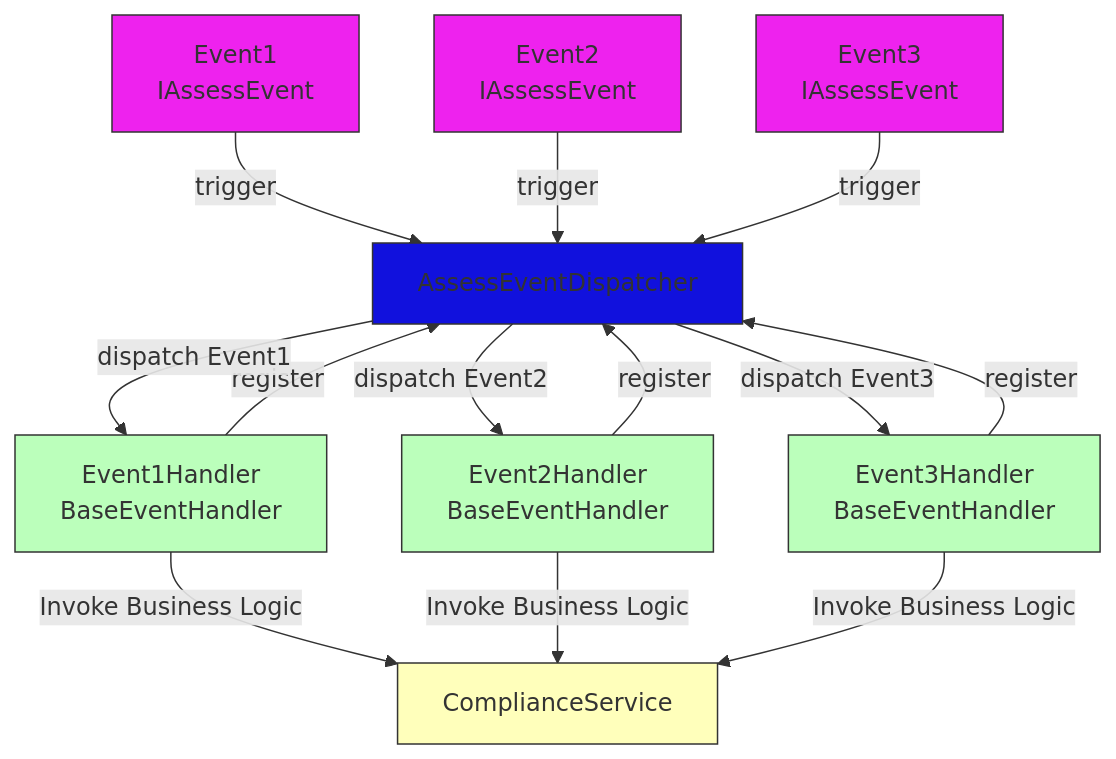
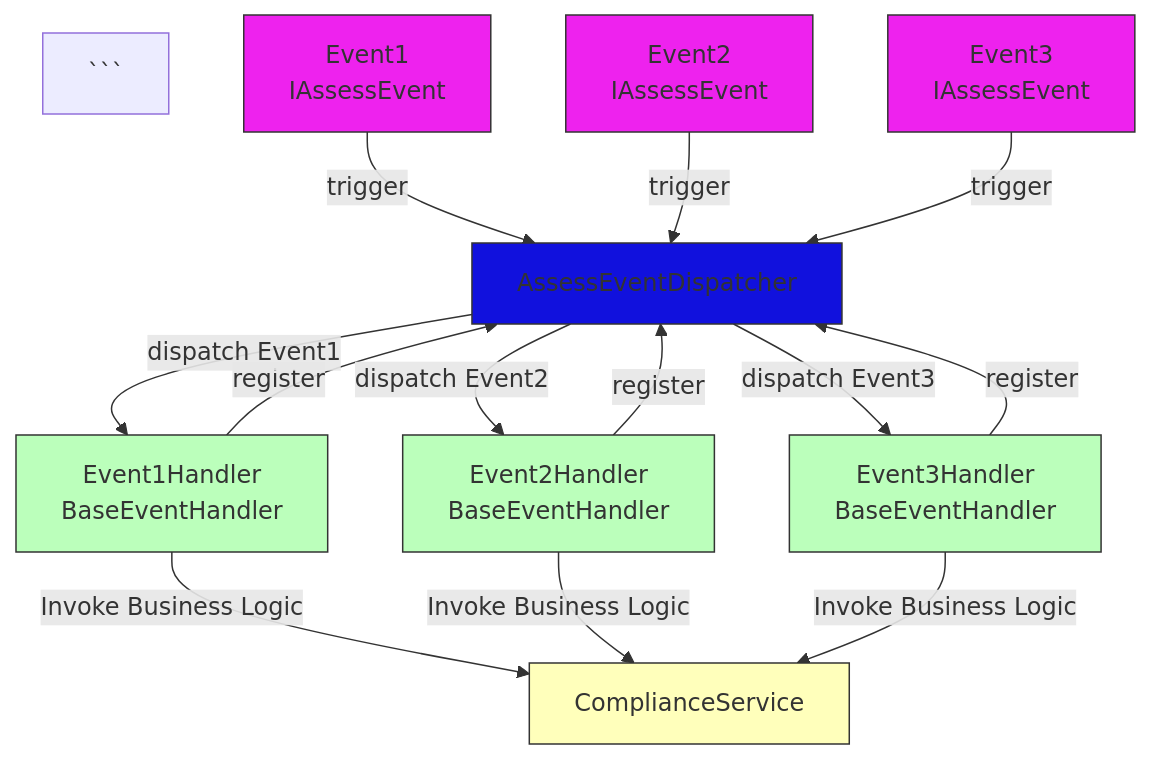
One commit to oninebx/blog changed the first of 2 diagrams in _posts/2025-10-15-decoupling-by-design-implementing-an-assessment-mechanism-with-events.md. Above: the diagram before and after it, drawn with Mermaid. The commit also changed other lines of this file, not shown here.

Commit message:
Update Blog “2025-10-15-decoupling-by-design-implementing-an-assessment-mechanism-with-events”

````diff
--- a/_posts/2025-10-15-decoupling-by-design-implementing-an-assessment-mechanism-with-events.md
+++ b/_posts/2025-10-15-decoupling-by-design-implementing-an-assessment-mechanism-with-events.md
@@ -36,35 +35,37 @@
 <div class="mermaid">
 graph TD
 
-    %% Events
-    Event1[Event1<br/>IAssessEvent] -->|trigger| Dispatcher[AssessEventDispatcher]
-    Event2[Event2<br/>IAssessEvent] -->|trigger| Dispatcher[AssessEventDispatcher]
-    Event3[Event3<br/>IAssessEvent] -->|trigger| Dispatcher[AssessEventDispatcher]
+```
+%% Events
+Event1[Event1<br/>IAssessEvent] -->|trigger| Dispatcher[AssessEventDispatcher]
+Event2[Event2<br/>IAssessEvent] -->|trigger| Dispatcher[AssessEventDispatcher]
+Event3[Event3<br/>IAssessEvent] -->|trigger| Dispatcher[AssessEventDispatcher]
 
-    %% Handlers
-    Handler1[Event1Handler<br/>BaseEventHandler&lt;Event1&gt;] -->|register| Dispatcher
-    Handler2[Event2Handler<br/>BaseEventHandler&lt;Event2&gt;] -->|register| Dispatcher
-    Handler3[Event3Handler<br/>BaseEventHandler&lt;Event3&gt;] -->|register| Dispatcher
+%% Handlers
+Handler1[Event1Handler<br/>BaseEventHandler&lt;Event1&gt;] -->|register| Dispatcher
+Handler2[Event2Handler<br/>BaseEventHandler&lt;Event2&gt;] -->|register| Dispatcher
+Handler3[Event3Handler<br/>BaseEventHandler&lt;Event3&gt;] -->|register| Dispatcher
 
-    %% Dispatcher dispatches to handlers
-    Dispatcher -->|dispatch Event1| Handler1
-    Dispatcher -->|dispatch Event2| Handler2
-    Dispatcher -->|dispatch Event3| Handler3
+%% Dispatcher dispatches to handlers
+Dispatcher -->|dispatch Event1| Handler1
+Dispatcher -->|dispatch Event2| Handler2
+Dispatcher -->|dispatch Event3| Handler3
 
 
-    %% Handlers call service
-    Handler1 -->|Invoke Business Logic| Service[ComplianceService]
-    Handler2 -->|Invoke Business Logic| Service
-    Handler3 -->|Invoke Business Logic| Service
+%% Handlers call service
+Handler1 -->|Invoke Business Logic| Service[ComplianceService]
+Handler2 -->|Invoke Business Logic| Service
+Handler3 -->|Invoke Business Logic| Service
 
-    classDef eventStyle fill:#e2e,stroke:#333,stroke-width:1px;
-    classDef dispatcherStyle fill:#11d,stroke:#333,stroke-width:1px;
-    classDef handlerStyle fill:#bfb,stroke:#333,stroke-width:1px;
-    classDef serviceStyle fill:#ffb,stroke:#333,stroke-width:1px;
+classDef eventStyle fill:#e2e,stroke:#333,stroke-width:1px;
+classDef dispatcherStyle fill:#11d,stroke:#333,stroke-width:1px;
+classDef handlerStyle fill:#bfb,stroke:#333,stroke-width:1px;
+classDef serviceStyle fill:#ffb,stroke:#333,stroke-width:1px;
 
-    class Event1,Event2,Event3 eventStyle
-    class Dispatcher dispatcherStyle
-    class Handler1,Handler2,Handler3 handlerStyle
-    class Service serviceStyle
+class Event1,Event2,Event3 eventStyle
+class Dispatcher dispatcherStyle
+class Handler1,Handler2,Handler3 handlerStyle
+class Service serviceStyle
+```
 
 </div>
````
